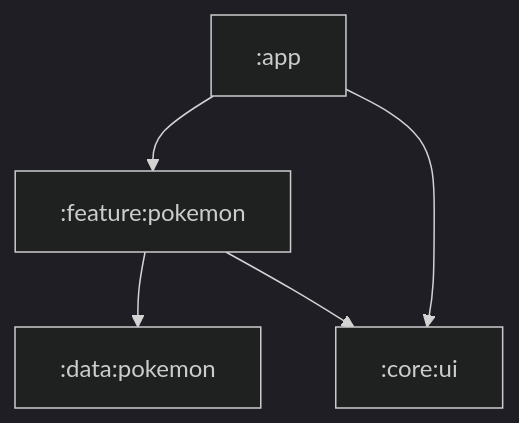
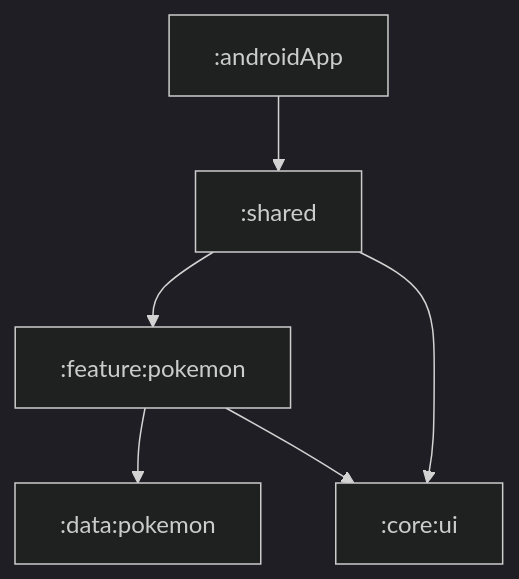
One commit to kfaraj/samples changed the second of 2 diagrams in pokedex/README.md. Above: the diagram before and after it, drawn with Mermaid (dark theme). The commit also changed other lines of this file and 88 other files, not shown here.

````diff
--- a/pokedex/README.md
+++ b/pokedex/README.md
@@ -30,7 +30,8 @@
 ```mermaid
 flowchart TB
-    :app --> :feature:pokemon
-    :app --> :core:ui
+    :androidApp --> :shared
+    :shared --> :feature:pokemon
+    :shared --> :core:ui
     :feature:pokemon --> :data:pokemon
     :feature:pokemon --> :core:ui
 ```
````
